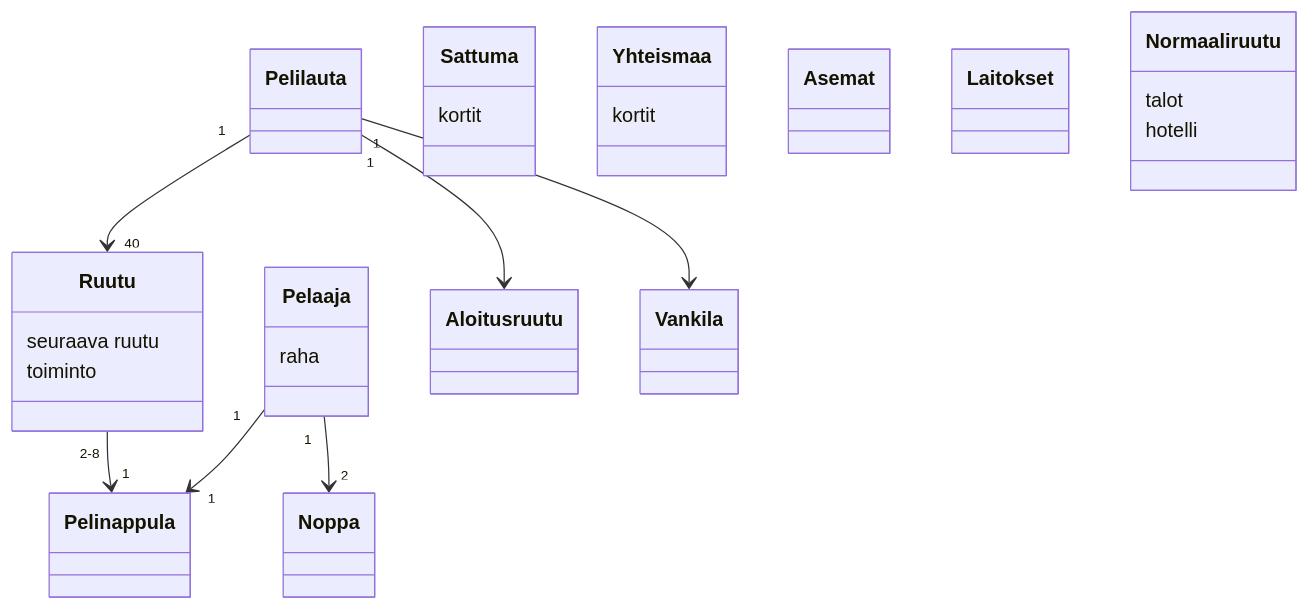
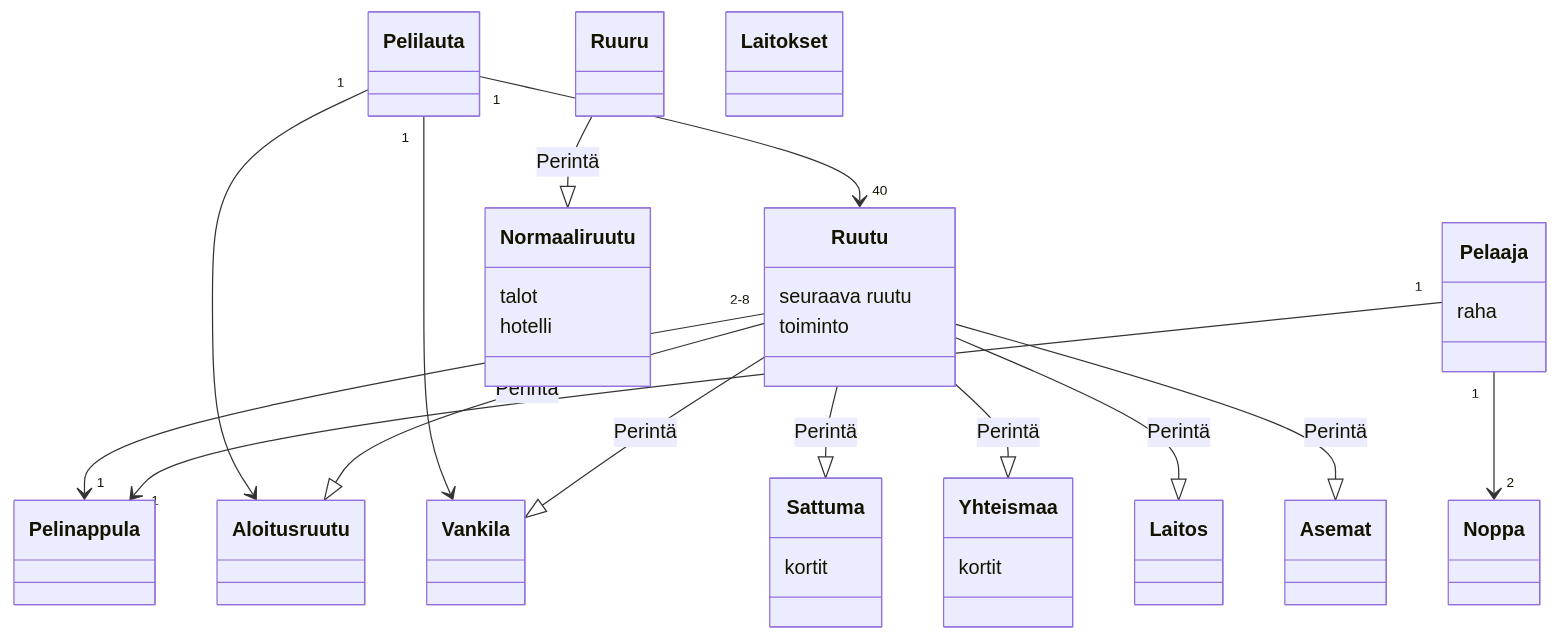
One commit to iritmaximus/ot-harjoitustyo changed the diagram in laskarit/viikko3/monopoli.md. Above: the diagram before and after it, drawn with Mermaid.

Commit message:
inheritance

````diff
--- a/laskarit/viikko3/monopoli.md
+++ b/laskarit/viikko3/monopoli.md
@@ -5,32 +5,40 @@
 ```mermaid
  classDiagram
       Pelilauta "1" --> "40" Ruutu
       Ruutu "2-8" --> "1" Pelinappula
       Pelaaja "1" --> "1" Pelinappula
       Pelaaja "1" --> "2" Noppa
       Pelilauta "1" --> Aloitusruutu
       Pelilauta "1" --> Vankila
+
+      Ruutu --|> Aloitusruutu : Perintä
+      Ruutu --|> Vankila : Perintä
+      Ruutu --|> Sattuma : Perintä
+      Ruutu --|> Yhteismaa : Perintä
+      Ruutu --|> Laitos : Perintä
+      Ruutu --|> Asemat : Perintä
+      Ruuru --|> Normaaliruutu : Perintä
 
       class Pelilauta
       class Pelaaja{
           raha
       }
       class Ruutu{
           seuraava ruutu
           toiminto
       }
       class Aloitusruutu
       class Vankila
       class Sattuma{
           kortit
       }
       class Yhteismaa{
           kortit
       }
       class Asemat
       class Laitokset
       class Normaaliruutu{
           talot
           hotelli
       }
 ```
````
